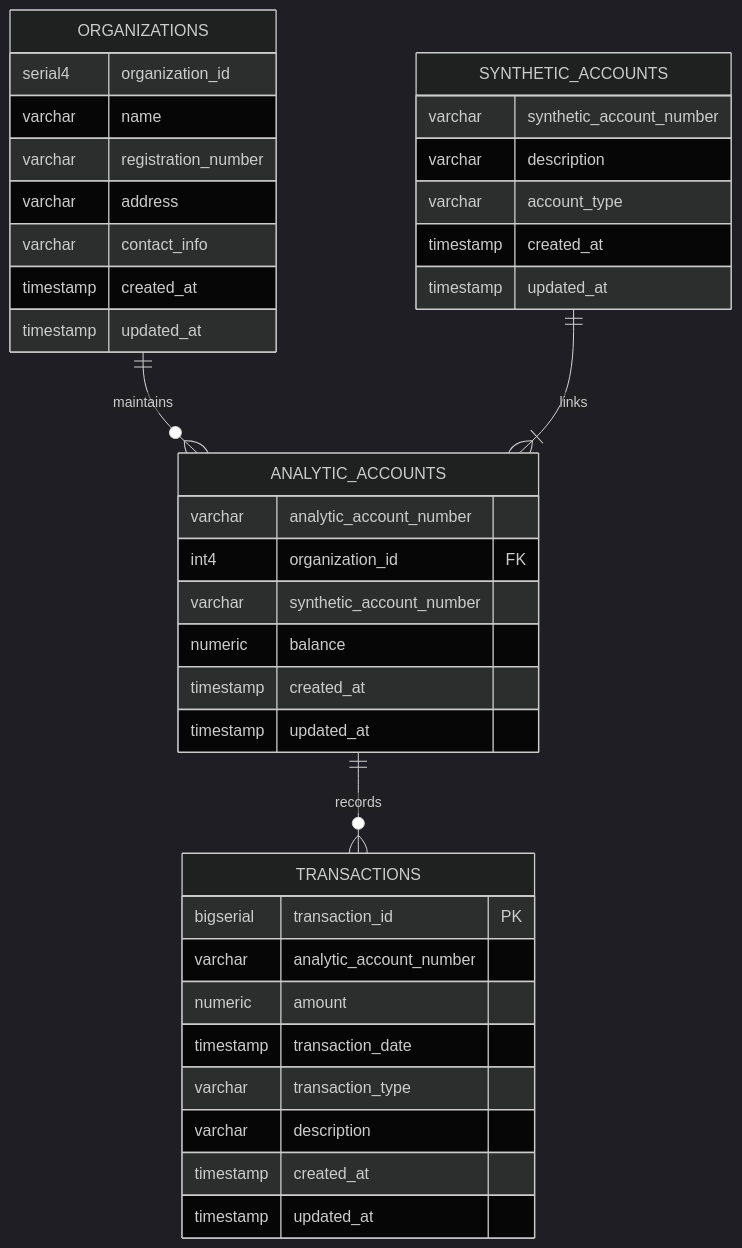
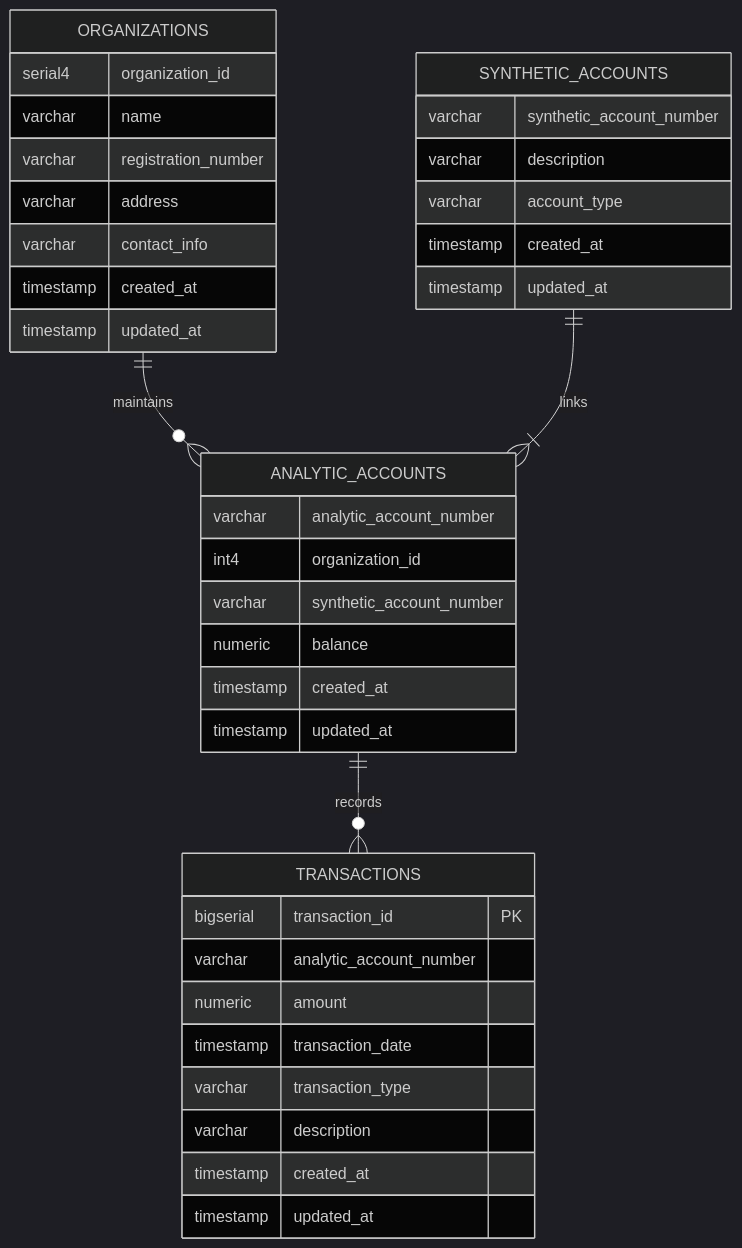
Before and after one commit to isa-bay/T1_DWH_school: the diagram in README.md, drawn with Mermaid (dark theme).

````diff
--- a/README.md
+++ b/README.md
@@ -146,44 +146,44 @@
 ```mermaid
 erDiagram
     ORGANIZATIONS {
         serial4 organization_id
         varchar name
         varchar registration_number
         varchar address
         varchar contact_info
         timestamp created_at
         timestamp updated_at
     }
 
     ANALYTIC_ACCOUNTS {
         varchar analytic_account_number
-        int4 organization_id FK
+        int4 organization_id
         varchar synthetic_account_number
         numeric balance
         timestamp created_at
         timestamp updated_at
     }
 
     SYNTHETIC_ACCOUNTS {
         varchar synthetic_account_number
         varchar description
         varchar account_type
         timestamp created_at
         timestamp updated_at
     }
 
     TRANSACTIONS {
         bigserial transaction_id PK
         varchar analytic_account_number
         numeric amount
         timestamp transaction_date
         varchar transaction_type
         varchar description
         timestamp created_at
         timestamp updated_at
     }
 
     ORGANIZATIONS ||--o{ ANALYTIC_ACCOUNTS : "maintains"
     ANALYTIC_ACCOUNTS ||--o{ TRANSACTIONS : "records"
     SYNTHETIC_ACCOUNTS ||--|{ ANALYTIC_ACCOUNTS : "links"
 ```
````
